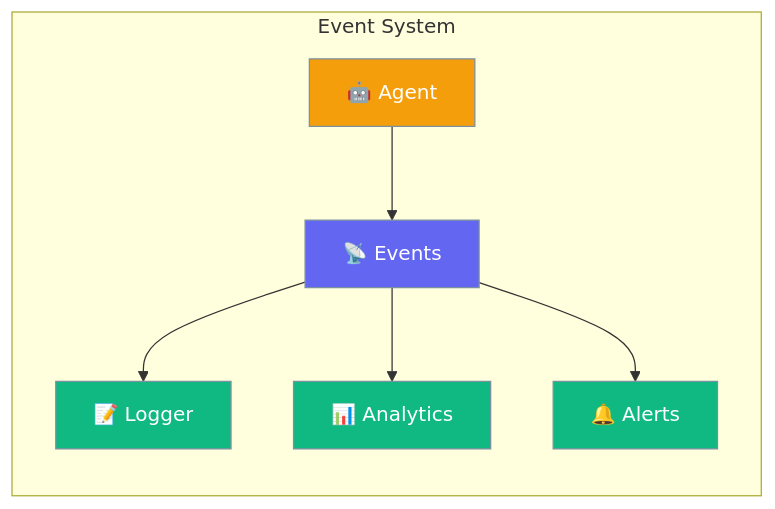
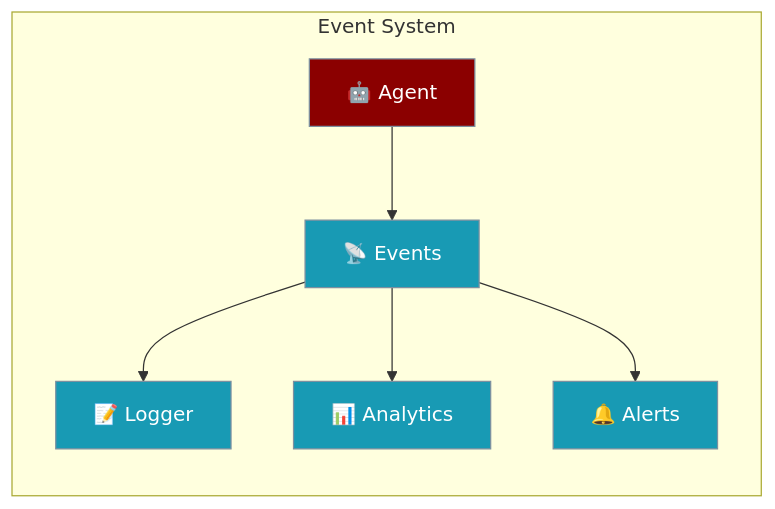
Before and after one commit to MervinPraison/PraisonAIDocs: the first of 2 diagrams in docs/js/events.mdx, drawn with Mermaid. The commit also changed 19 other files, not shown here.

````diff
--- a/docs/js/events.mdx
+++ b/docs/js/events.mdx
@@ -10,17 +10,14 @@
 ```mermaid
 graph LR
     subgraph "Event System"
         A[🤖 Agent] --> B[📡 Events]
         B --> C[📝 Logger]
         B --> D[📊 Analytics]
         B --> E[🔔 Alerts]
     end
-    
-    classDef agent fill:#F59E0B,stroke:#7C90A0,color:#fff
-    classDef event fill:#6366F1,stroke:#7C90A0,color:#fff
-    classDef handler fill:#10B981,stroke:#7C90A0,color:#fff
-    
+
+    classDef agent fill:#8B0000,stroke:#7C90A0,color:#fff
+    classDef tool fill:#189AB4,stroke:#7C90A0,color:#fff
     class A agent
-    class B event
-    class C,D,E handler
+    class B,C,D,E tool
 ```
````
